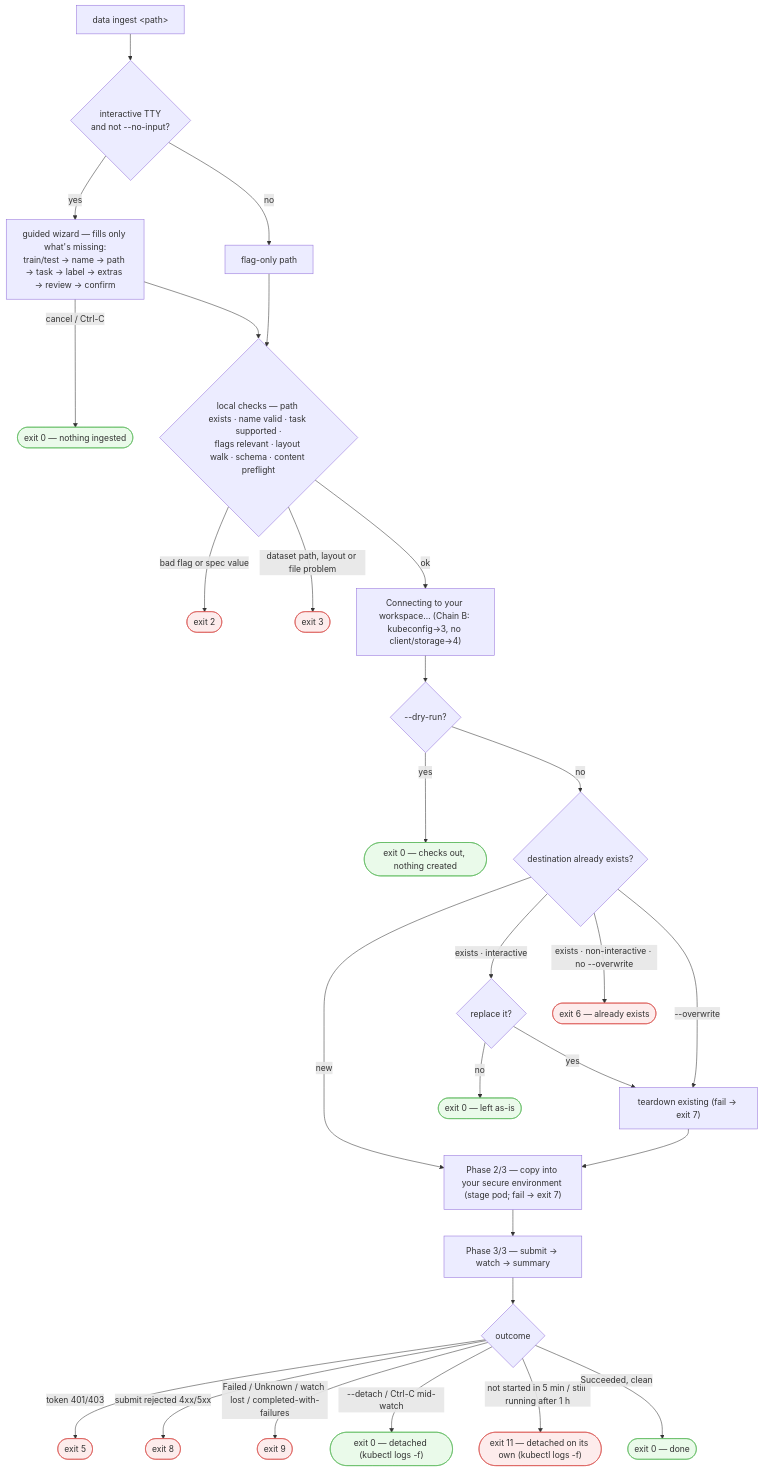
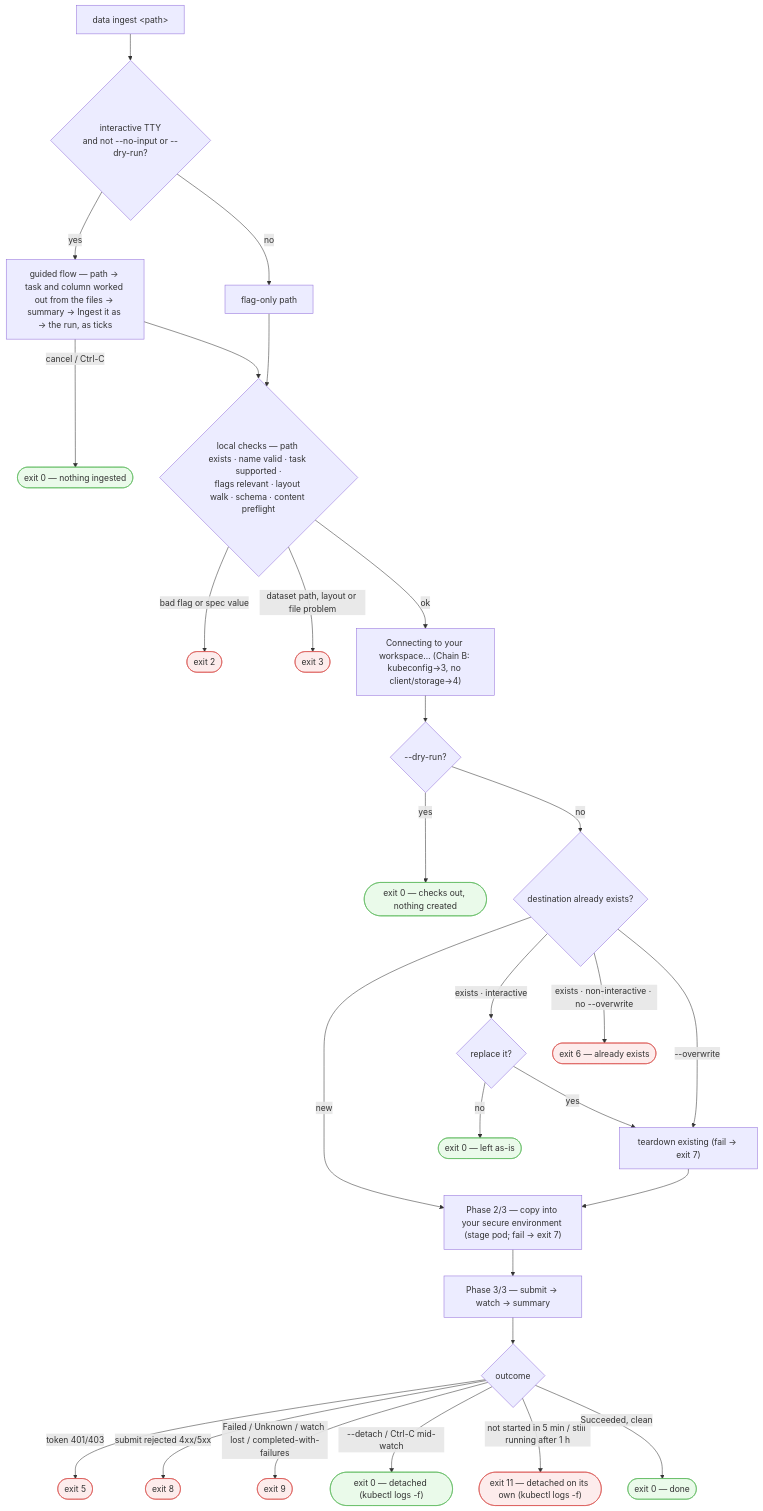
The third of 4 diagrams in docs/cli-navigation.md (tracebloc/cli), drawn with Mermaid before and after one commit. The commit also changed other lines of this file and 1 other file, not shown here.

Commit message:
Publish v0.13.0

````diff
--- a/docs/cli-navigation.md
+++ b/docs/cli-navigation.md
@@ -85,37 +85,37 @@
 ```mermaid
 flowchart TD
-  di["data ingest &lt;path&gt;"] --> wiz{"interactive TTY<br/>and not --no-input?"}
-  wiz -->|yes| W["guided wizard — fills only what's missing:<br/>train/test → name → path → task → label → extras → review → confirm"]
+  di["data ingest &lt;path&gt;"] --> wiz{"interactive TTY<br/>and not --no-input or --dry-run?"}
+  wiz -->|yes| W["guided flow — path → task and column worked out from the files → summary → Ingest it as → the run, as ticks"]
   wiz -->|no| FLAGS["flag-only path"]
   W -->|"cancel / Ctrl-C"| cwiz(["exit 0 — nothing ingested"]):::ok
   W --> LOCAL
   FLAGS --> LOCAL
 
   LOCAL{"local checks — path exists · name valid · task supported ·<br/>flags relevant · layout walk · schema · content preflight"}
   LOCAL -->|"bad flag or spec value"| e2(["exit 2"]):::fail
   LOCAL -->|"dataset path, layout or file problem"| e3(["exit 3"]):::fail
   LOCAL -->|ok| CONN["Connecting to your workspace… (Chain B: kubeconfig→3, no client/storage→4)"]
 
   CONN --> DRY{"--dry-run?"}
   DRY -->|yes| e0dry(["exit 0 — checks out, nothing created"]):::ok
   DRY -->|no| DEST{"destination already exists?"}
   DEST -->|"new"| STAGE
   DEST -->|"exists · interactive"| REPL{"replace it?"}
   REPL -->|no| e0a(["exit 0 — left as-is"]):::ok
   REPL -->|yes| TD
   DEST -->|"exists · non-interactive · no --overwrite"| e6(["exit 6 — already exists"]):::fail
   DEST -->|"--overwrite"| TD["teardown existing (fail → exit 7)"]
   TD --> STAGE
 
   STAGE["Phase 2/3 — copy into your secure environment (stage pod; fail → exit 7)"] --> SUB["Phase 3/3 — submit → watch → summary"]
   SUB --> OUT{"outcome"}
   OUT -->|"token 401/403"| e5(["exit 5"]):::fail
   OUT -->|"submit rejected 4xx/5xx"| e8(["exit 8"]):::fail
   OUT -->|"Failed / Unknown / watch lost / completed-with-failures"| e9(["exit 9"]):::fail
   OUT -->|"--detach / Ctrl-C mid-watch"| e0d(["exit 0 — detached (kubectl logs -f)"]):::ok
   OUT -->|"not started in 5 min / still running after 1 h"| e11(["exit 11 — detached on its own (kubectl logs -f)"]):::fail
   OUT -->|"Succeeded, clean"| e0s(["exit 0 — done"]):::ok
 
   classDef fail fill:#fdecec,stroke:#d9534f;
   classDef ok fill:#eafaea,stroke:#5cb85c;
 ```
````
